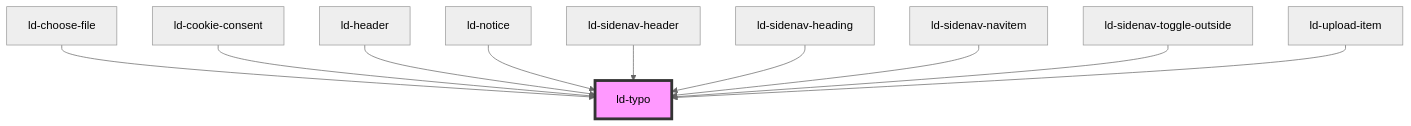
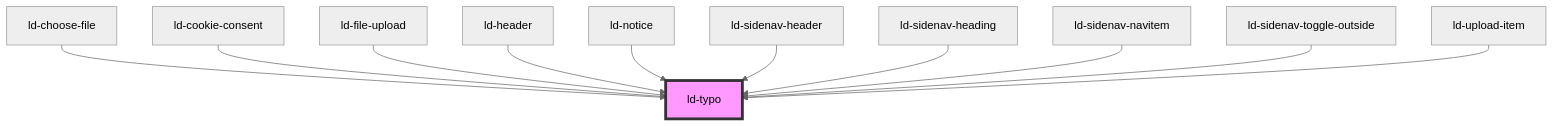
The diagram in src/liquid/components/ld-typo/readme.md (emdgroup-liquid/liquid), drawn with Mermaid (neutral theme) before and after one commit. The commit also changed other lines of this file and 14 other files, not shown here.

````diff
--- a/src/liquid/components/ld-typo/readme.md
+++ b/src/liquid/components/ld-typo/readme.md
@@ -598,13 +599,14 @@
 ```mermaid
 graph TD;
   ld-choose-file --> ld-typo
   ld-cookie-consent --> ld-typo
+  ld-file-upload --> ld-typo
   ld-header --> ld-typo
   ld-notice --> ld-typo
   ld-sidenav-header --> ld-typo
   ld-sidenav-heading --> ld-typo
   ld-sidenav-navitem --> ld-typo
   ld-sidenav-toggle-outside --> ld-typo
   ld-upload-item --> ld-typo
   style ld-typo fill:#f9f,stroke:#333,stroke-width:4px
 ```
````
